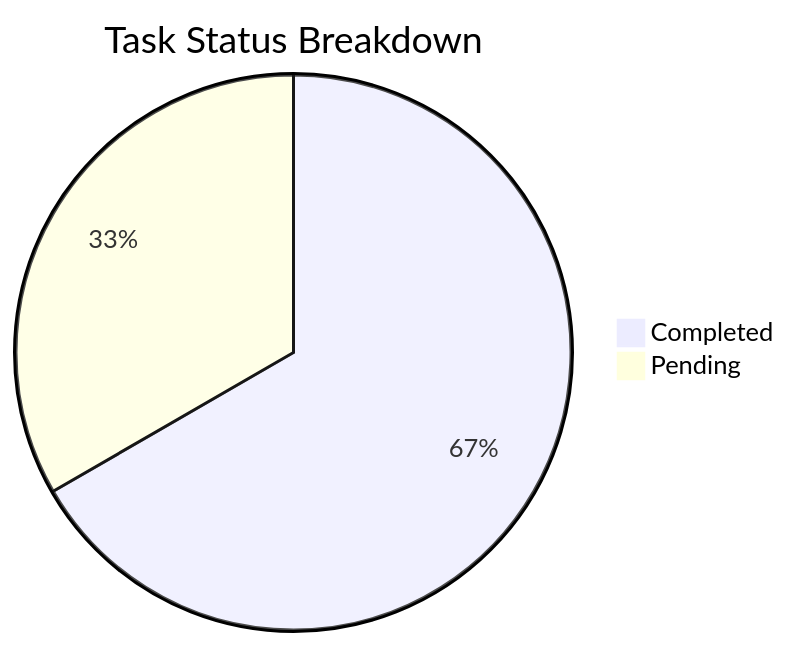
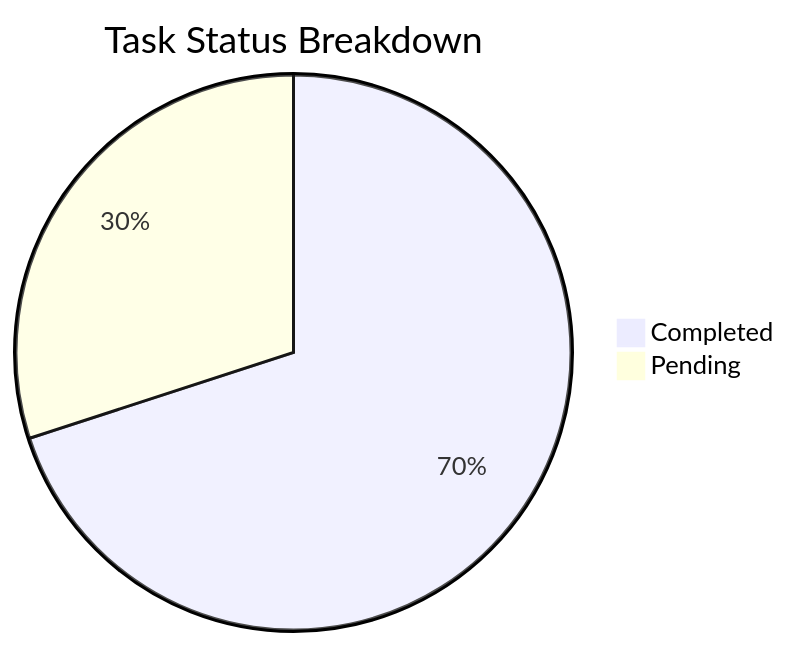
Before and after one commit to sagarms97/MyWorkDairy: the first of 2 diagrams in KUD/Analytics.md, drawn with Mermaid. The commit also changed other lines of this file and 7 other files, not shown here.

````diff
--- a/KUD/Analytics.md
+++ b/KUD/Analytics.md
@@ -12,5 +12,5 @@
 ```mermaid
 pie title Task Status Breakdown
-    "Completed" : 6
+    "Completed" : 7
     "Pending" : 3
 ```
````
